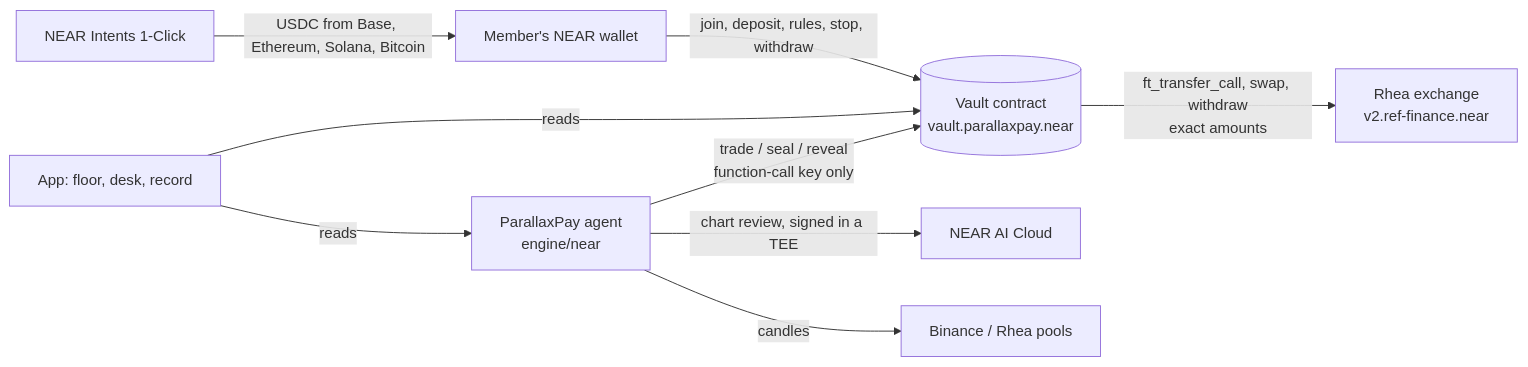
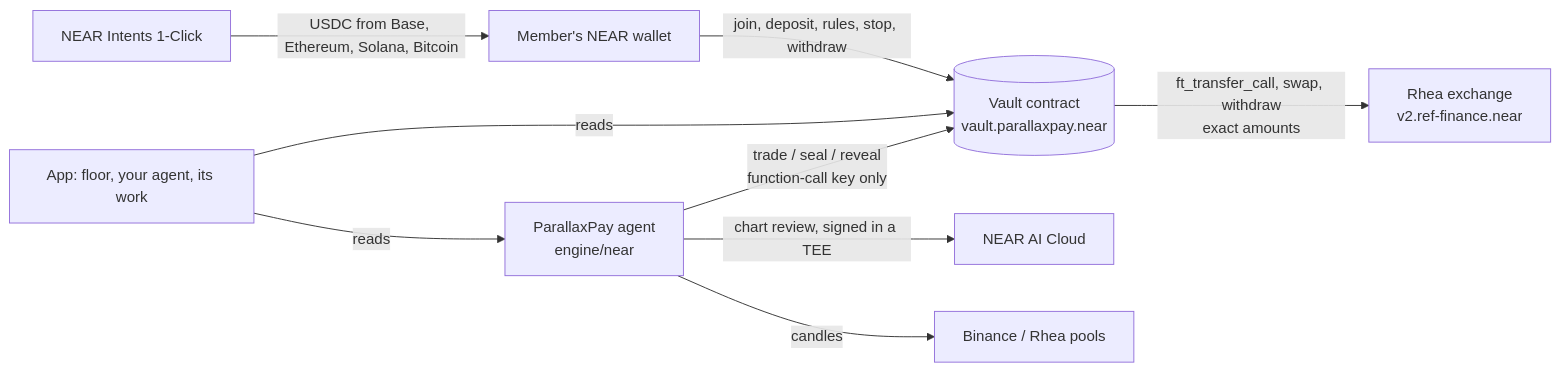
Before and after one commit to shariqazeem/presage: the diagram in README.md, drawn with Mermaid. The commit also changed other lines of this file, not shown here.

Commit message:
README: try it the way the app works now, the agent's drawings in the map of the code

````diff
--- a/README.md
+++ b/README.md
@@ -23,11 +24,11 @@
 ```mermaid
 flowchart LR
   M[Member's NEAR wallet] -- join, deposit, rules, stop, withdraw --> V[(Vault contract\nvault.parallaxpay.near)]
   I[NEAR Intents 1-Click] -- USDC from Base, Ethereum, Solana, Bitcoin --> M
   A[ParallaxPay agent\nengine/near] -- trade / seal / reveal\nfunction-call key only --> V
   A -- chart review, signed in a TEE --> AI[NEAR AI Cloud]
   V -- ft_transfer_call, swap, withdraw\nexact amounts --> R[Rhea exchange\nv2.ref-finance.near]
   A -- candles --> C[Binance / Rhea pools]
-  W[App: floor, desk, record] -- reads --> V
+  W[App: floor, your agent, its work] -- reads --> V
   W -- reads --> A
 ```
````
